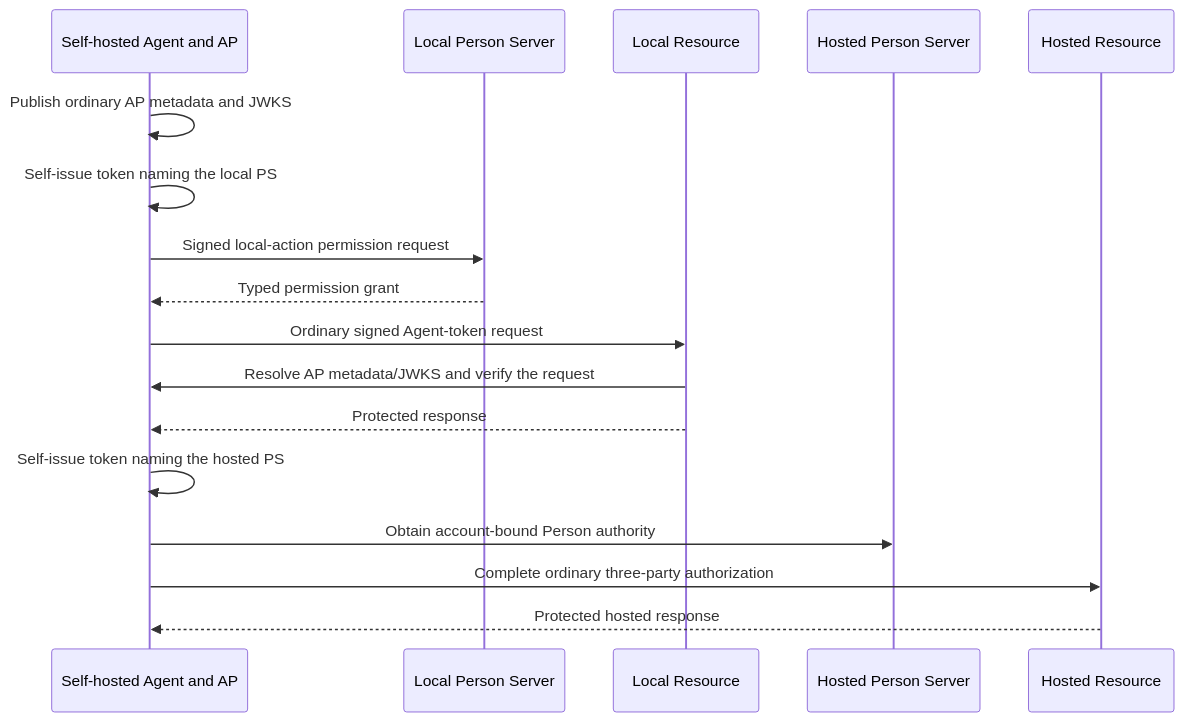
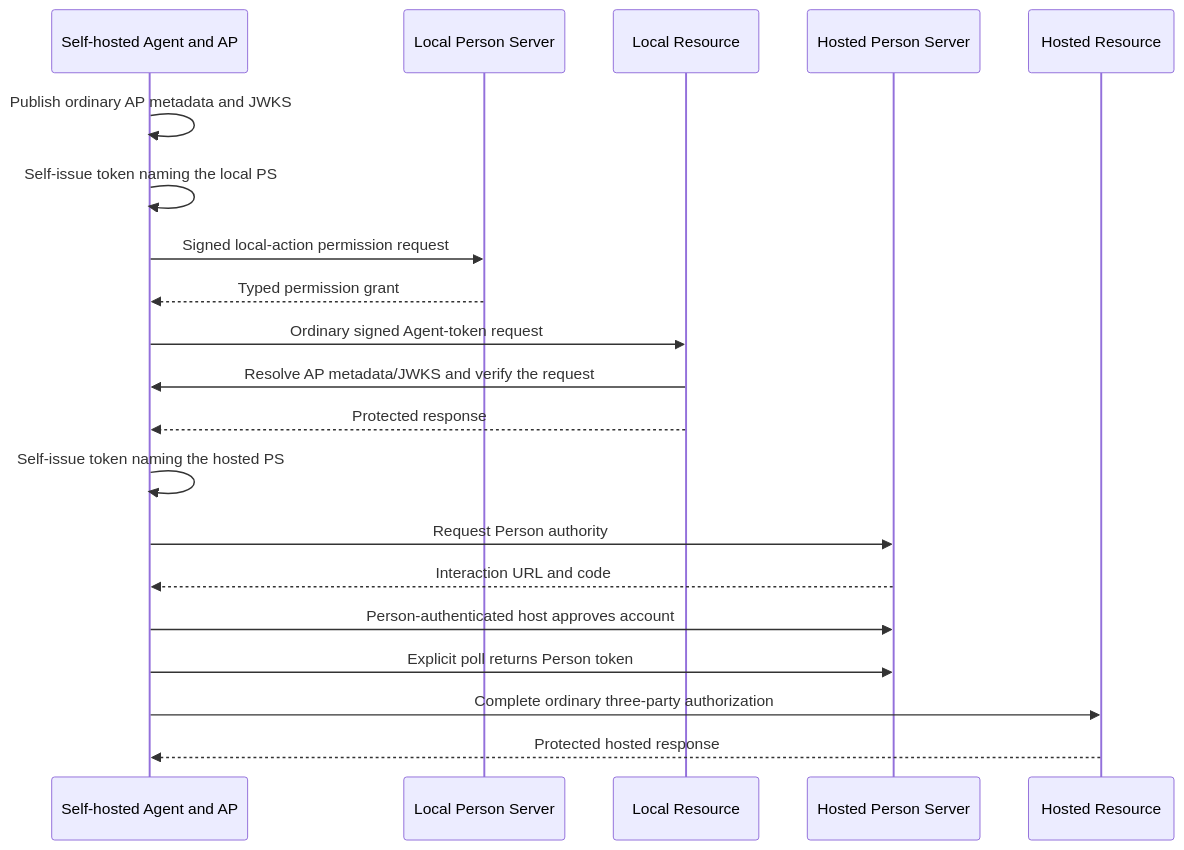
One commit to sidecat-dev/aauth-go changed diagram 11 of 11 in PROTOCOL.md. Above: the diagram before and after it, drawn with Mermaid. The commit also changed other lines of this file and 8 other files, not shown here.

Commit message:
add explicit hosted account-link interaction

````diff
--- a/PROTOCOL.md
+++ b/PROTOCOL.md
@@ -491,19 +491,22 @@
 ```mermaid
 sequenceDiagram
     participant A as Self-hosted Agent and AP
     participant PS as Local Person Server
     participant LR as Local Resource
     participant HPS as Hosted Person Server
     participant HR as Hosted Resource
     A->>A: Publish ordinary AP metadata and JWKS
     A->>A: Self-issue token naming the local PS
     A->>PS: Signed local-action permission request
     PS-->>A: Typed permission grant
     A->>LR: Ordinary signed Agent-token request
     LR->>A: Resolve AP metadata/JWKS and verify the request
     LR-->>A: Protected response
     A->>A: Self-issue token naming the hosted PS
-    A->>HPS: Obtain account-bound Person authority
+    A->>HPS: Request Person authority
+    HPS-->>A: Interaction URL and code
+    A->>HPS: Person-authenticated host approves account
+    A->>HPS: Explicit poll returns Person token
     A->>HR: Complete ordinary three-party authorization
     HR-->>A: Protected hosted response
 ```
````
